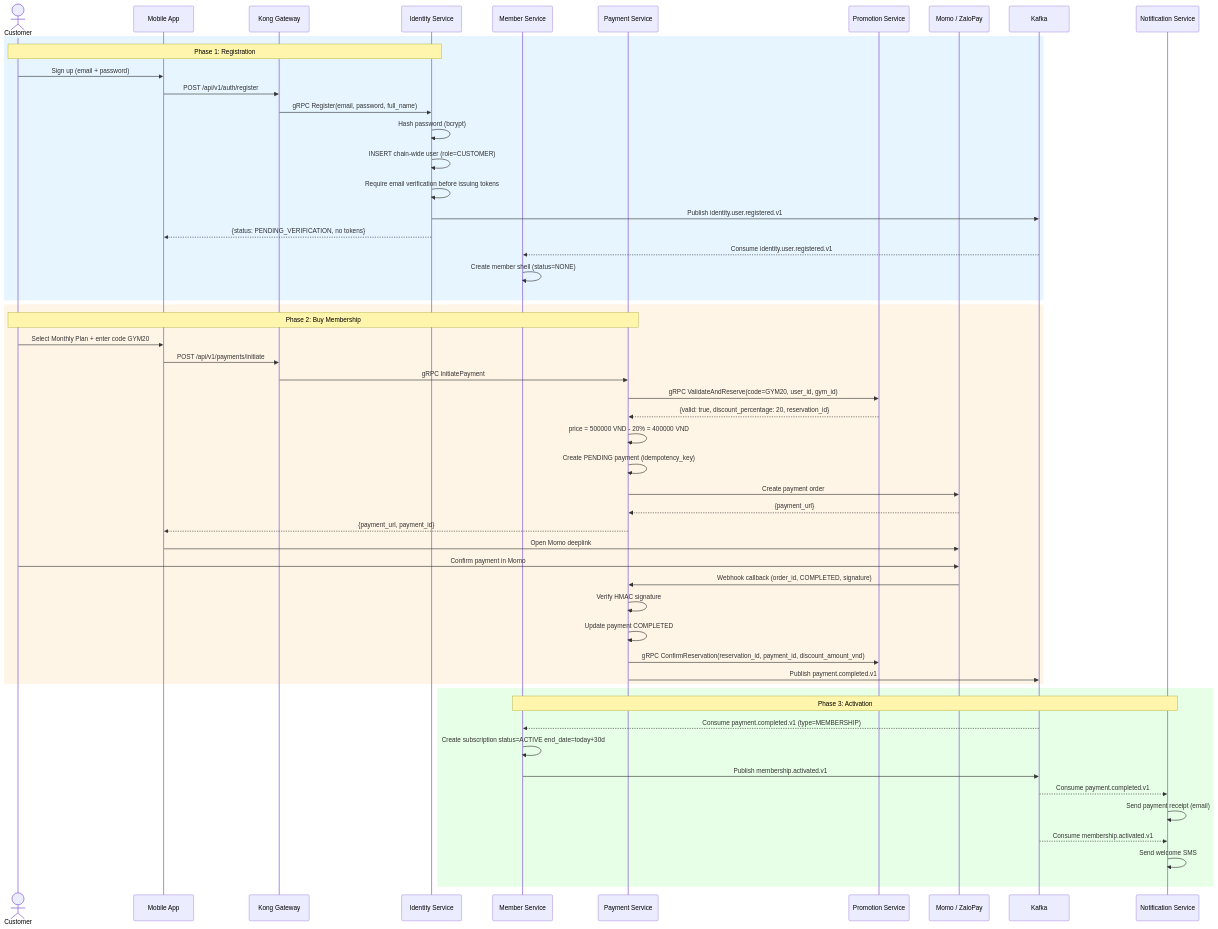
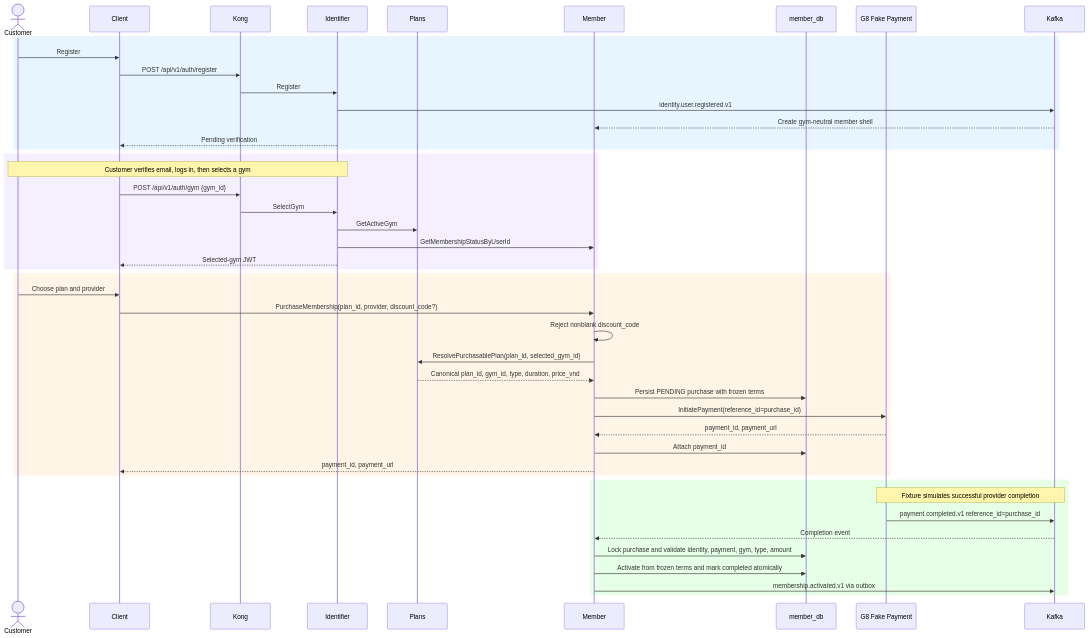
One commit to pploc/gym-architect changed the third of 7 diagrams in flows/01-business-flows.md. Above: the diagram before and after it, drawn with Mermaid. The commit also changed other lines of this file and 16 other files, not shown here.

First line of the commit message:
docs: freeze Plans split roadmap through G8

````diff
--- a/flows/01-business-flows.md
+++ b/flows/01-business-flows.md
@@ -94,64 +62,52 @@
 ```mermaid
 sequenceDiagram
     actor C as Customer
-    participant APP as Mobile App
-    participant K as Kong Gateway
-    participant IS as Identity Service
-    participant MS as Member Service
-    participant PS as Payment Service
-    participant PRS as Promotion Service
-    participant PP as Momo / ZaloPay
+    participant APP as Client
+    participant K as Kong
+    participant ID as Identifier
+    participant PL as Plans
+    participant MB as Member
+    participant DB as member_db
+    participant FP as G8 Fake Payment
     participant KF as Kafka
-    participant NS as Notification Service
 
-    rect rgb(230, 245, 255)
-    Note over C,IS: Phase 1: Registration
-    C->>APP: Sign up (email + password)
-    APP->>K: POST /api/v1/auth/register
-    K->>IS: gRPC Register(email, password, full_name)
-    IS->>IS: Hash password (bcrypt)
-    IS->>IS: INSERT chain-wide user (role=CUSTOMER)
-    IS->>IS: Require email verification before issuing tokens
-    IS->>KF: Publish identity.user.registered.v1
-    IS-->>APP: {status: PENDING_VERIFICATION, no tokens}
-    KF-->>MS: Consume identity.user.registered.v1
-    MS->>MS: Create member shell (status=NONE)
+    rect rgb(230,245,255)
+        C->>APP: Register
+        APP->>K: POST /api/v1/auth/register
+        K->>ID: Register
+        ID->>KF: identity.user.registered.v1
+        KF-->>MB: Create gym-neutral member shell
+        ID-->>APP: Pending verification
     end
 
-    rect rgb(255, 245, 230)
-    Note over C,PS: Phase 2: Buy Membership
-    C->>APP: Select Monthly Plan + enter code GYM20
-    APP->>K: POST /api/v1/payments/initiate
-    K->>PS: gRPC InitiatePayment
-
-    PS->>PRS: gRPC ValidateAndReserve(code=GYM20, user_id, gym_id)
-    PRS-->>PS: {valid: true, discount_percentage: 20, reservation_id}
-    PS->>PS: price = 500000 VND - 20% = 400000 VND
-
-    PS->>PS: Create PENDING payment (idempotency_key)
-    PS->>PP: Create payment order
-    PP-->>PS: {payment_url}
-    PS-->>APP: {payment_url, payment_id}
-
-    APP->>PP: Open Momo deeplink
-    C->>PP: Confirm payment in Momo
-    PP->>PS: Webhook callback (order_id, COMPLETED, signature)
-    PS->>PS: Verify HMAC signature
-    PS->>PS: Update payment COMPLETED
-    PS->>PRS: gRPC ConfirmReservation(reservation_id, payment_id, discount_amount_vnd)
-    PS->>KF: Publish payment.completed.v1
+    rect rgb(245,240,255)
+        Note over C,ID: Customer verifies email, logs in, then selects a gym
+        APP->>K: POST /api/v1/auth/gym {gym_id}
+        K->>ID: SelectGym
+        ID->>PL: GetActiveGym
+        ID->>MB: GetMembershipStatusByUserId
+        ID-->>APP: Selected-gym JWT
     end
 
-    rect rgb(230, 255, 230)
-    Note over MS,NS: Phase 3: Activation
-    KF-->>MS: Consume payment.completed.v1 (type=MEMBERSHIP)
-    MS->>MS: Create subscription status=ACTIVE end_date=today+30d
-    MS->>KF: Publish membership.activated.v1
+    rect rgb(255,245,230)
+        C->>APP: Choose plan and provider
+        APP->>MB: PurchaseMembership(plan_id, provider, discount_code?)
+        MB->>MB: Reject nonblank discount_code
+        MB->>PL: ResolvePurchasablePlan(plan_id, selected_gym_id)
+        PL-->>MB: Canonical plan_id, gym_id, type, duration, price_vnd
+        MB->>DB: Persist PENDING purchase with frozen terms
+        MB->>FP: InitiatePayment(reference_id=purchase_id)
+        FP-->>MB: payment_id, payment_url
+        MB->>DB: Attach payment_id
+        MB-->>APP: payment_id, payment_url
+    end
 
-    KF-->>NS: Consume payment.completed.v1
-    NS->>NS: Send payment receipt (email)
-
-    KF-->>NS: Consume membership.activated.v1
-    NS->>NS: Send welcome SMS
+    rect rgb(230,255,230)
+        Note over FP,KF: Fixture simulates successful provider completion
+        FP->>KF: payment.completed.v1 reference_id=purchase_id
+        KF-->>MB: Completion event
+        MB->>DB: Lock purchase and validate identity, payment, gym, type, amount
+        MB->>DB: Activate from frozen terms and mark completed atomically
+        MB->>KF: membership.activated.v1 via outbox
     end
 ```
````
